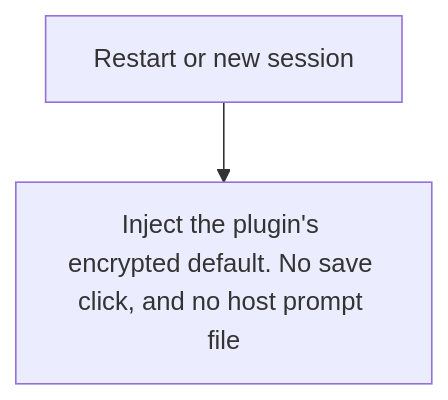
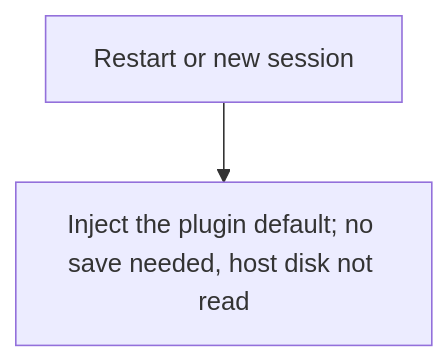
Before and after one commit to jayceoncynical/dsh-purge: the second of 4 diagrams in README.md, drawn with Mermaid. The commit also changed other lines of this file and 8 other files, not shown here.

````diff
--- a/README.md
+++ b/README.md
@@ -496,4 +435,4 @@
 ```mermaid
 flowchart TD
-  A["Restart or new session"] --> B["Inject the plugin's encrypted default. No save click, and no host prompt file"]
+  A["Restart or new session"] --> B["Inject the plugin default; no save needed, host disk not read"]
 ```
````
